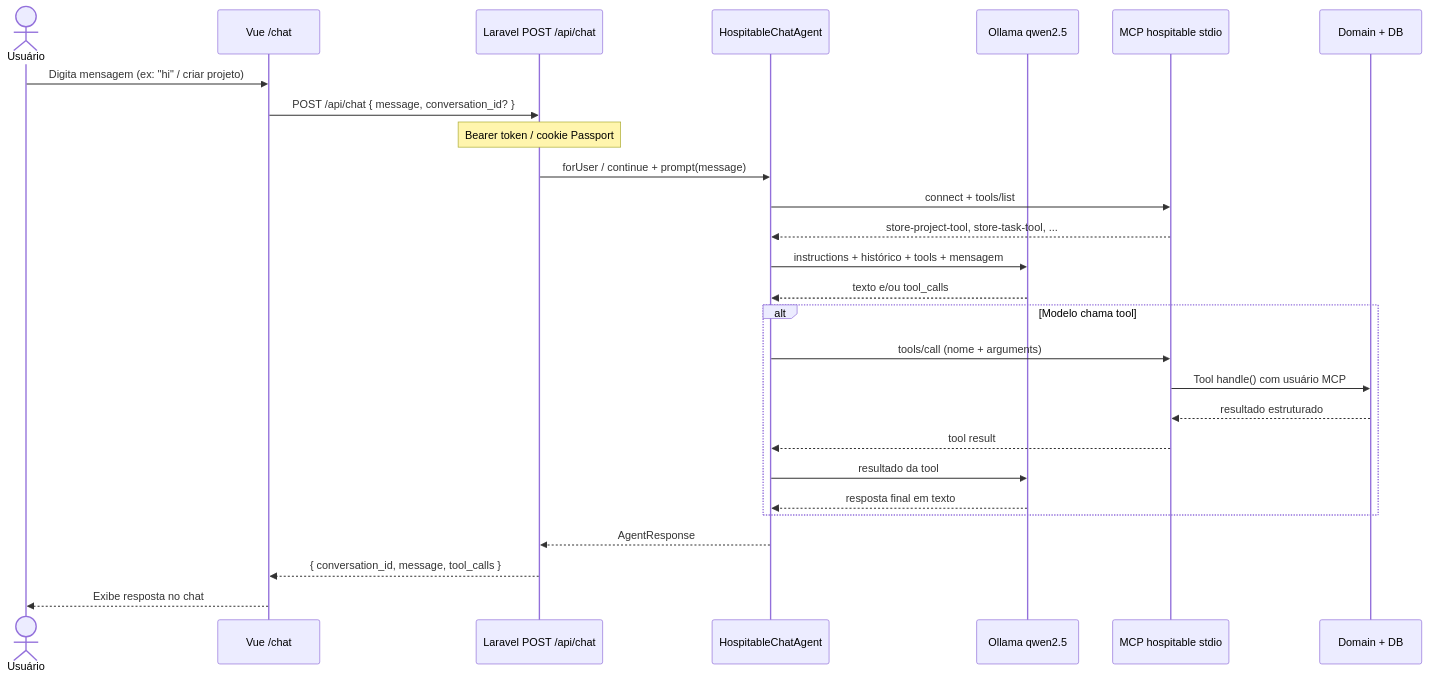
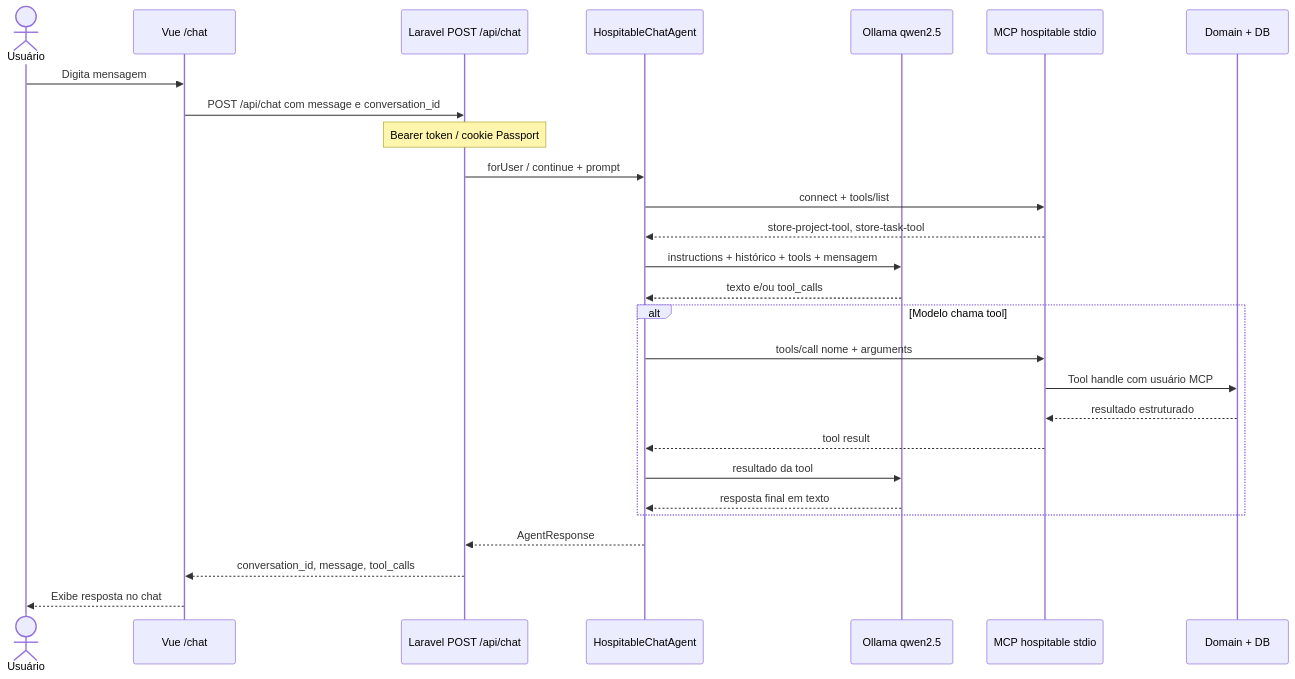
One commit to wolneydev/boilerplate-vue changed the second of 2 diagrams in docs/FLUXO-CHAT-MCP.md. Above: the diagram before and after it, drawn with Mermaid. The commit also changed other lines of this file and 1 other file, not shown here.

````diff
--- a/docs/FLUXO-CHAT-MCP.md
+++ b/docs/FLUXO-CHAT-MCP.md
@@ -41,32 +41,32 @@
 ```mermaid
 sequenceDiagram
     actor U as Usuário
     participant V as Vue /chat
     participant API as Laravel POST /api/chat
     participant Agent as HospitableChatAgent
     participant LLM as Ollama qwen2.5
     participant MCP as MCP hospitable stdio
     participant Dom as Domain + DB
 
-    U->>V: Digita mensagem (ex: "hi" / criar projeto)
-    V->>API: POST /api/chat { message, conversation_id? }
+    U->>V: Digita mensagem
+    V->>API: POST /api/chat com message e conversation_id
     Note over API: Bearer token / cookie Passport
-    API->>Agent: forUser / continue + prompt(message)
+    API->>Agent: forUser / continue + prompt
     Agent->>MCP: connect + tools/list
-    MCP-->>Agent: store-project-tool, store-task-tool, ...
+    MCP-->>Agent: store-project-tool, store-task-tool
     Agent->>LLM: instructions + histórico + tools + mensagem
     LLM-->>Agent: texto e/ou tool_calls
 
     alt Modelo chama tool
-        Agent->>MCP: tools/call (nome + arguments)
-        MCP->>Dom: Tool handle() com usuário MCP
+        Agent->>MCP: tools/call nome + arguments
+        MCP->>Dom: Tool handle com usuário MCP
         Dom-->>MCP: resultado estruturado
         MCP-->>Agent: tool result
         Agent->>LLM: resultado da tool
         LLM-->>Agent: resposta final em texto
     end
 
     Agent-->>API: AgentResponse
-    API-->>V: { conversation_id, message, tool_calls }
+    API-->>V: conversation_id, message, tool_calls
     V-->>U: Exibe resposta no chat
 ```
````
